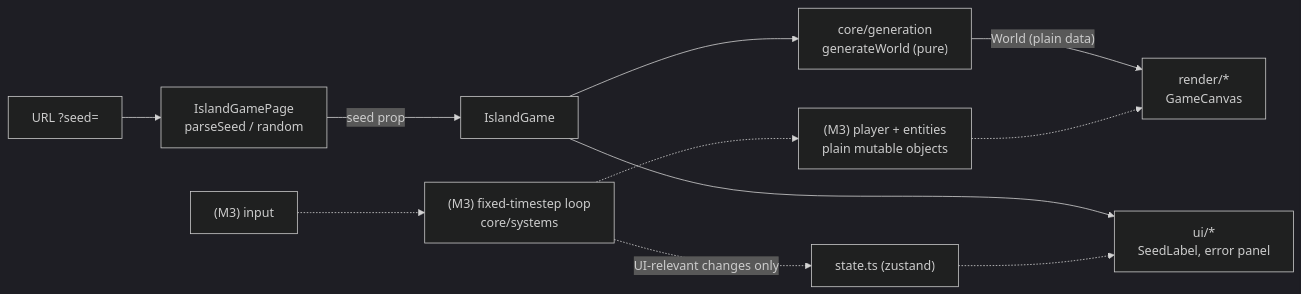
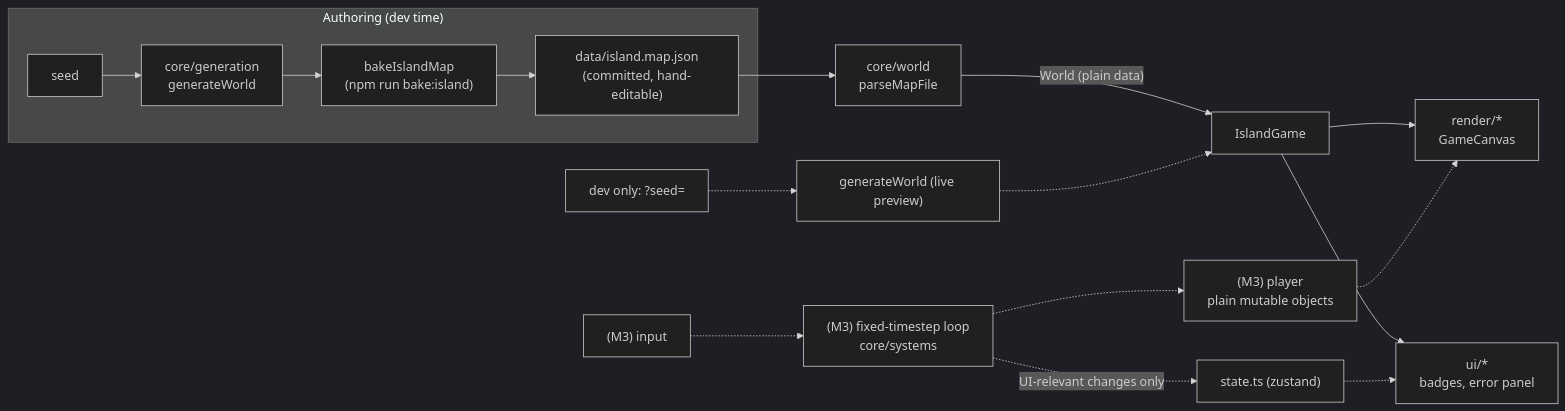
Before and after one commit to charlesj29/slow-living: the diagram in docs/ARCHITECTURE.md, drawn with Mermaid (dark theme). The commit also changed other lines of this file and 50 other files, not shown here.

First line of the commit message:
feat(island): M1.5 fixed world - baked chunked map, site opens into the island

````diff
--- a/docs/ARCHITECTURE.md
+++ b/docs/ARCHITECTURE.md
@@ -51,13 +66,18 @@
 ```mermaid
 flowchart LR
-  URL["URL ?seed="] --> Page["IslandGamePage<br/>parseSeed / random"]
-  Page -- "seed prop" --> Game["IslandGame"]
-  Game --> Gen["core/generation<br/>generateWorld (pure)"]
-  Gen -- "World (plain data)" --> Render["render/*<br/>GameCanvas"]
-  Game --> UI["ui/*<br/>SeedLabel, error panel"]
+  subgraph Authoring["Authoring (dev time)"]
+    Seed["seed"] --> Gen["core/generation<br/>generateWorld"]
+    Gen --> Bake["bakeIslandMap<br/>(npm run bake:island)"]
+    Bake --> File["data/island.map.json<br/>(committed, hand-editable)"]
+  end
+  File --> Parse["core/world<br/>parseMapFile"]
+  Parse -- "World (plain data)" --> Game["IslandGame"]
+  DevSeed["dev only: ?seed="] -.-> Gen2["generateWorld (live preview)"] -.-> Game
+  Game --> Render["render/*<br/>GameCanvas"]
+  Game --> UI["ui/*<br/>badges, error panel"]
   Input["(M3) input"] -.-> Loop["(M3) fixed-timestep loop<br/>core/systems"]
-  Loop -.-> Entities["(M3) player + entities<br/>plain mutable objects"]
+  Loop -.-> Entities["(M3) player<br/>plain mutable objects"]
   Entities -.-> Render
   Loop -. "UI-relevant changes only" .-> Store["state.ts (zustand)"]
   Store -.-> UI
 ```
````
